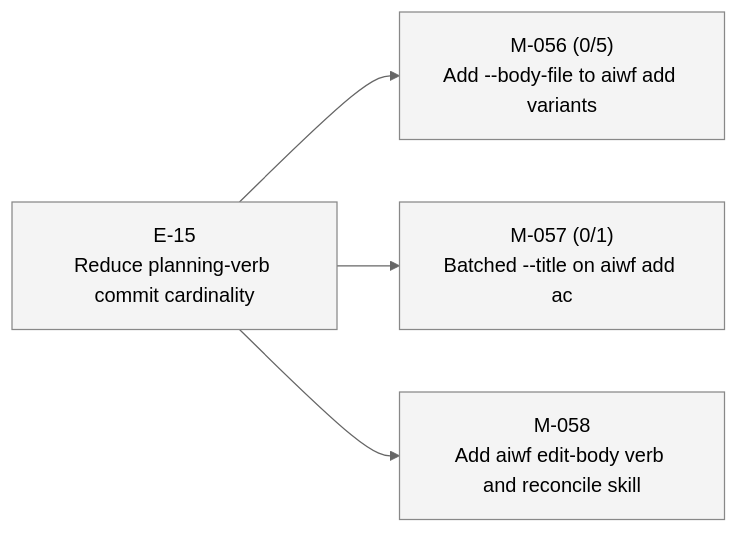
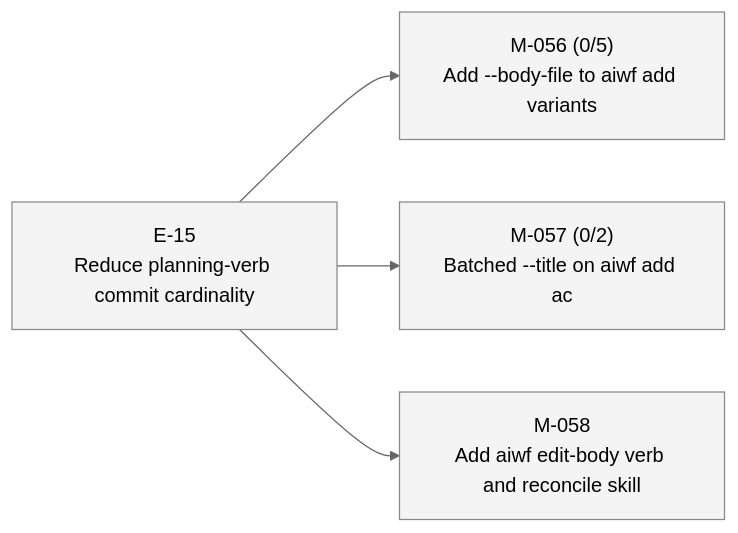
The third of 3 diagrams in STATUS.md (23min/aiwf), drawn with Mermaid (neutral theme) before and after one commit. The commit also changed other lines of this file and 1 other file, not shown here.

First line of the commit message:
aiwf add ac M-057/AC-2 "All N ACs allocated atomically; failure reverts entire batch"

````diff
--- a/STATUS.md
+++ b/STATUS.md
@@ -69,16 +69,16 @@
 ```mermaid
 flowchart LR
   E_15["E-15<br/>Reduce planning-verb commit cardinality"]:::epic_proposed
   M_056["M-056 (0/5)<br/>Add --body-file to aiwf add variants"]:::ms_draft
   E_15 --> M_056
-  M_057["M-057 (0/1)<br/>Batched --title on aiwf add ac"]:::ms_draft
+  M_057["M-057 (0/2)<br/>Batched --title on aiwf add ac"]:::ms_draft
   E_15 --> M_057
   M_058["M-058<br/>Add aiwf edit-body verb and reconcile skill"]:::ms_draft
   E_15 --> M_058
   classDef epic_active fill:#d6eaff,stroke:#1a73e8,color:#000
   classDef epic_proposed fill:#f4f4f4,stroke:#888,color:#000
   classDef ms_done fill:#d8f5d8,stroke:#2a8a2a,color:#000
   classDef ms_in_progress fill:#fff3c4,stroke:#caa400,color:#000
   classDef ms_draft fill:#f4f4f4,stroke:#888,color:#000
   classDef ms_cancelled fill:#fbeaea,stroke:#c33,color:#000
 ```
````
